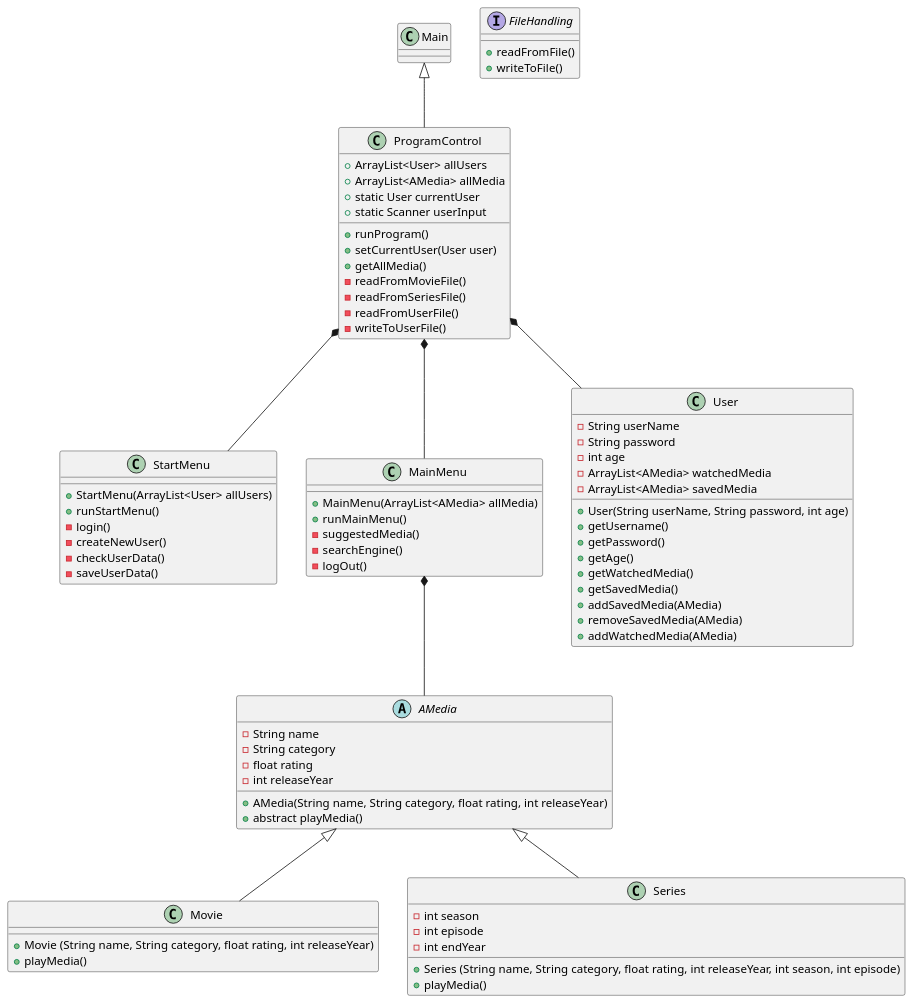
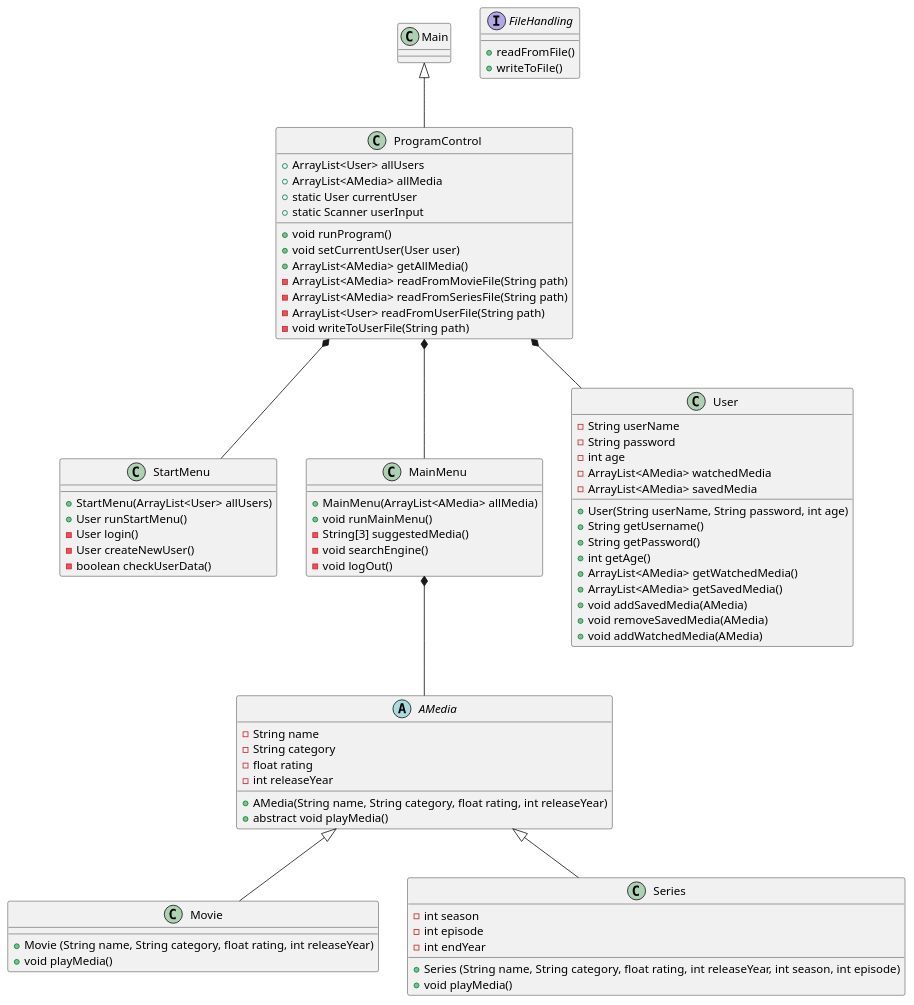
Before and after one commit to MrJustMeDahl/SP3---Streamingtjeneste: the diagram in Design/Streamingservice design.puml, drawn with PlantUML. The commit also changed 1 other file, not shown here.

```diff
--- a/Design/Streamingservice design.puml
+++ b/Design/Streamingservice design.puml
@@ -1,87 +1,86 @@
 @startuml
 class Main
 Main <|-- ProgramControl
 ProgramControl *-- StartMenu
 ProgramControl *-- MainMenu
 ProgramControl *-- User
 
 MainMenu *-- AMedia
 AMedia <|-- Movie
 AMedia <|-- Series
 
 class ProgramControl{
 + ArrayList<User> allUsers
 + ArrayList<AMedia> allMedia
 + static User currentUser
 + static Scanner userInput
-+ runProgram()
-+ setCurrentUser(User user)
-+ getAllMedia()
-- readFromMovieFile()
-- readFromSeriesFile()
-- readFromUserFile()
-- writeToUserFile()
++ void runProgram()
++ void setCurrentUser(User user)
++ ArrayList<AMedia> getAllMedia()
+- ArrayList<AMedia> readFromMovieFile(String path)
+- ArrayList<AMedia> readFromSeriesFile(String path)
+- ArrayList<User> readFromUserFile(String path)
+- void writeToUserFile(String path)
 }
 
 class StartMenu{
 + StartMenu(ArrayList<User> allUsers)
-+ runStartMenu()
-- login()
-- createNewUser()
-- checkUserData()
-- saveUserData()
++ User runStartMenu()
+- User login()
+- User createNewUser()
+- boolean checkUserData()
 }
 
 class MainMenu{
 + MainMenu(ArrayList<AMedia> allMedia)
-+ runMainMenu()
-- suggestedMedia()
-- searchEngine()
-- logOut()
++ void runMainMenu()
+- String[3] suggestedMedia()
+- void searchEngine()
+- void logOut()
 }
 
 abstract class AMedia{
 - String name
 - String category
 - float rating
 - int releaseYear
 + AMedia(String name, String category, float rating, int releaseYear)
-+ abstract playMedia()
++ abstract void playMedia()
 }
 
 class Movie{
 + Movie (String name, String category, float rating, int releaseYear)
-+ playMedia()
++ void playMedia()
 }
 
 class Series{
 - int season
 - int episode
 - int endYear
 + Series (String name, String category, float rating, int releaseYear, int season, int episode)
-+ playMedia()
++ void playMedia()
 }
 
 class User{
 - String userName
 - String password
 - int age
 - ArrayList<AMedia> watchedMedia
 - ArrayList<AMedia> savedMedia
 + User(String userName, String password, int age)
-+ getUsername()
-+ getPassword()
-+ getAge()
-+ getWatchedMedia()
-+ getSavedMedia()
-+ addSavedMedia(AMedia)
-+ removeSavedMedia(AMedia)
-+ addWatchedMedia(AMedia)
++ String getUsername()
++ String getPassword()
++ int getAge()
++ ArrayList<AMedia> getWatchedMedia()
++ ArrayList<AMedia> getSavedMedia()
++ void addSavedMedia(AMedia)
++ void removeSavedMedia(AMedia)
++ void addWatchedMedia(AMedia)
 }
 
 interface FileHandling{
 + readFromFile()
 + writeToFile()
 }
 
 @enduml
```
